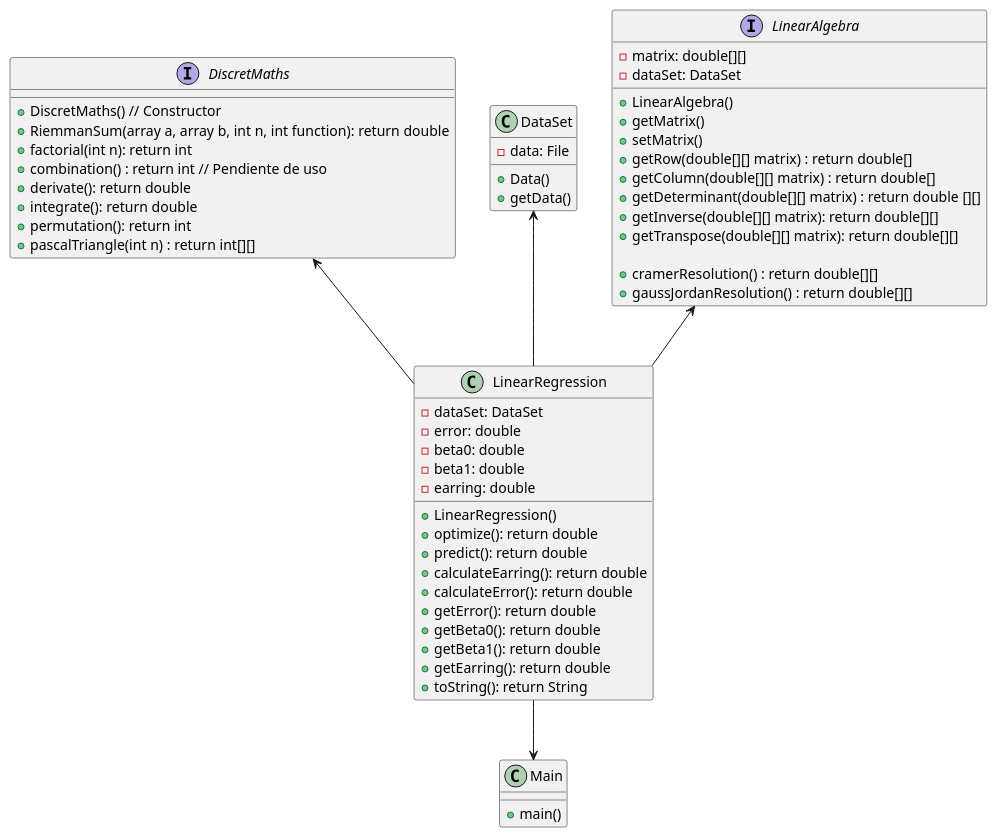
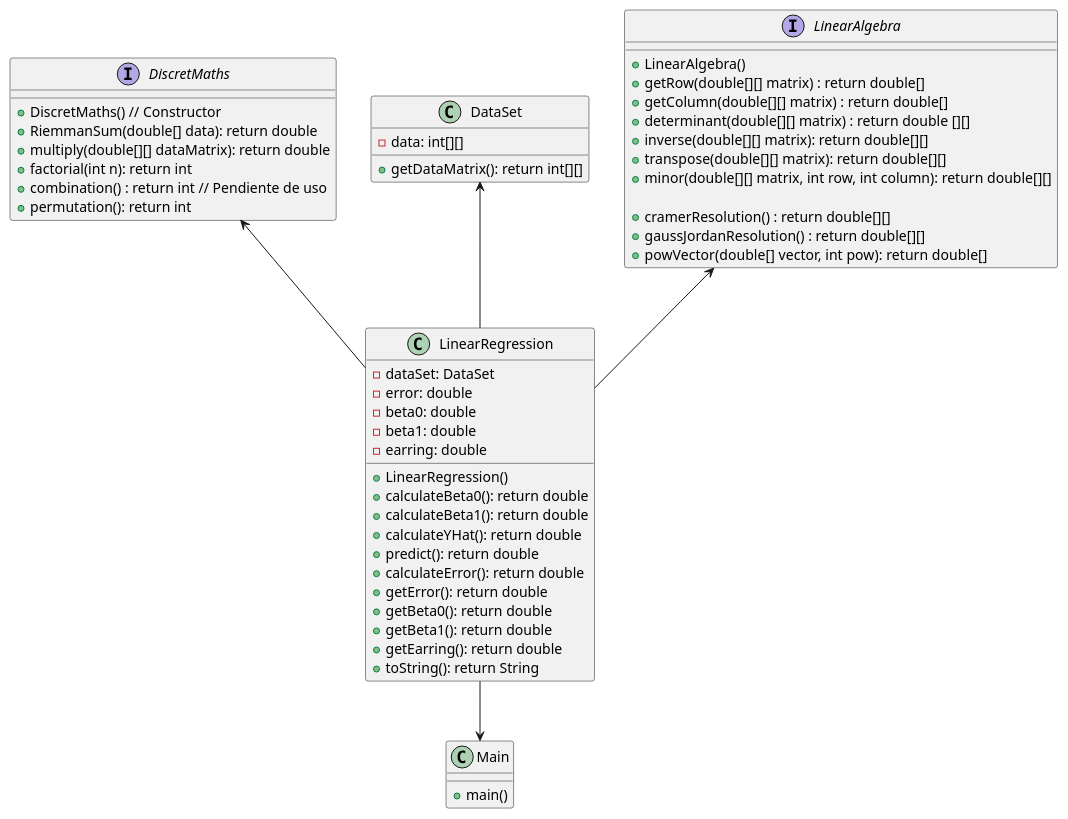
The diagram in Analisis.md (DavidChavez513/Hands-on-4), drawn with PlantUML before and after one commit. The commit also changed 6 other files, not shown here.

````diff
--- a/Analisis.md
+++ b/Analisis.md
@@ -22,69 +22,65 @@
 ```plantuml
 
 @startuml
 
 interface DiscretMaths {
     + DiscretMaths() // Constructor
-    + RiemmanSum(array a, array b, int n, int function): return double
+    + RiemmanSum(double[] data): return double
+    + multiply(double[][] dataMatrix): return double
     + factorial(int n): return int
     + combination() : return int // Pendiente de uso
-    + derivate(): return double
-    + integrate(): return double
     + permutation(): return int
-    + pascalTriangle(int n) : return int[][]
 }
 
 class DataSet {
-    - data: File
-    + Data()
-    + getData()
+    - data: int[][]
+    + getDataMatrix(): return int[][]
 }
 
 interface LinearAlgebra {
-    - matrix: double[][]
-    - dataSet: DataSet
     + LinearAlgebra()
-    + getMatrix()
-    + setMatrix()
     + getRow(double[][] matrix) : return double[]
     + getColumn(double[][] matrix) : return double[]
-    + getDeterminant(double[][] matrix) : return double [][]
-    + getInverse(double[][] matrix): return double[][]
-    + getTranspose(double[][] matrix): return double[][]
+    + determinant(double[][] matrix) : return double [][]
+    + inverse(double[][] matrix): return double[][]
+    + transpose(double[][] matrix): return double[][]
+    + minor(double[][] matrix, int row, int column): return double[][]
 
     + cramerResolution() : return double[][]
     + gaussJordanResolution() : return double[][]
+    + powVector(double[] vector, int pow): return double[]
 
 }
 
 class LinearRegression {
     - dataSet: DataSet
     - error: double
     - beta0: double
     - beta1: double
     - earring: double
     + LinearRegression()
-    + optimize(): return double
+    + calculateBeta0(): return double
+    + calculateBeta1(): return double
+    + calculateYHat(): return double
     + predict(): return double
-    + calculateEarring(): return double
     + calculateError(): return double
     + getError(): return double
     + getBeta0(): return double
     + getBeta1(): return double
     + getEarring(): return double
     + toString(): return String
 }
 
 class Main {
     + main()
 }
 
 DiscretMaths <-- LinearRegression
 LinearAlgebra<-- LinearRegression
 
 DataSet <-- LinearRegression
 LinearRegression --> Main
 
 
 @enduml
 ```
````
